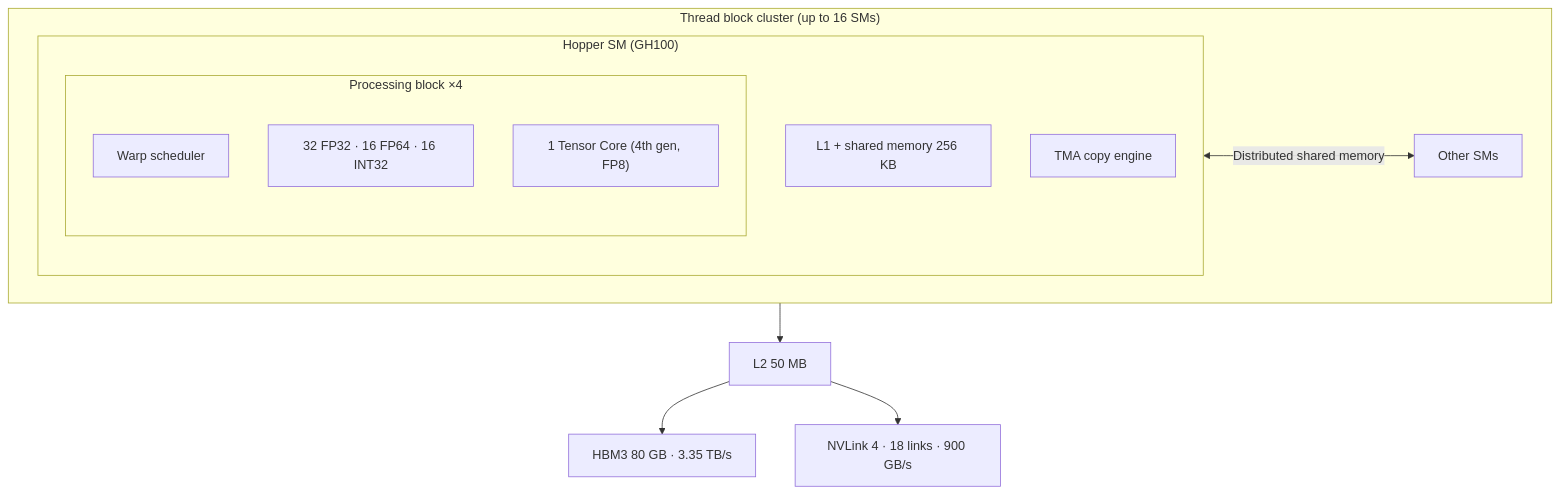
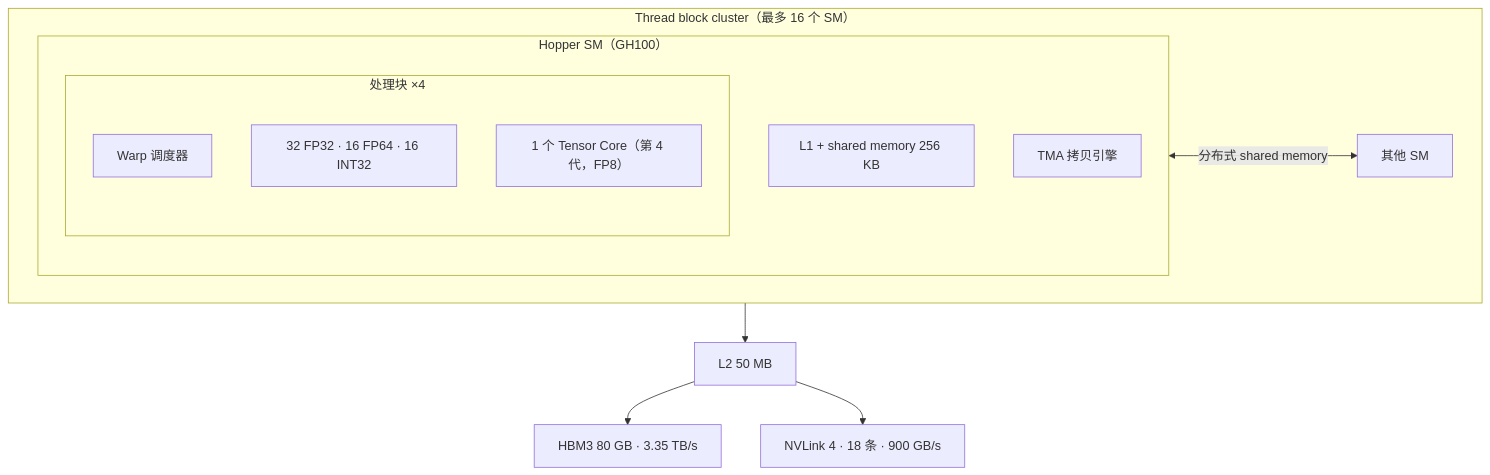
Diagram 12 of 13 in src/content/posts/nvidia-gpu-architectures.md (lxy-alexander/VoidIndex), drawn with Mermaid before and after one commit. The commit also changed other lines of this file and 4 other files, not shown here.

````diff
--- a/src/content/posts/nvidia-gpu-architectures.md
+++ b/src/content/posts/nvidia-gpu-architectures.md
@@ -229,20 +229,20 @@
 ```mermaid
 flowchart TB
-  subgraph CL["Thread block cluster (up to 16 SMs)"]
+  subgraph CL["Thread block cluster（最多 16 个 SM）"]
     direction LR
-    subgraph SM["Hopper SM (GH100)"]
+    subgraph SM["Hopper SM（GH100）"]
       direction TB
-      subgraph PB["Processing block ×4"]
-        S["Warp scheduler"]
+      subgraph PB["处理块 ×4"]
+        S["Warp 调度器"]
         F["32 FP32 · 16 FP64 · 16 INT32"]
-        T["1 Tensor Core (4th gen, FP8)"]
+        T["1 个 Tensor Core（第 4 代，FP8）"]
       end
       L1["L1 + shared memory 256 KB"]
-      TMA["TMA copy engine"]
+      TMA["TMA 拷贝引擎"]
     end
-    SM2["Other SMs"]
-    SM <-- "Distributed shared memory" --> SM2
+    SM2["其他 SM"]
+    SM <-- "分布式 shared memory" --> SM2
   end
   CL --> L2["L2 50 MB"] --> HBM["HBM3 80 GB · 3.35 TB/s"]
-  L2 --> NV["NVLink 4 · 18 links · 900 GB/s"]
+  L2 --> NV["NVLink 4 · 18 条 · 900 GB/s"]
 ```
````
